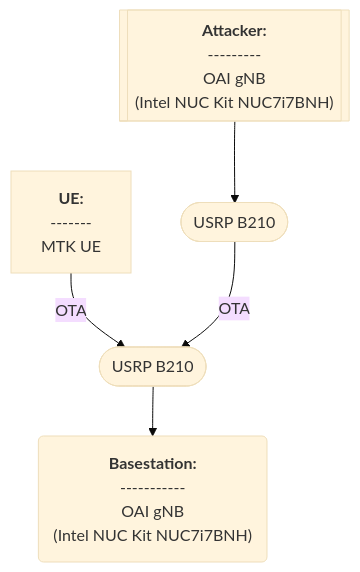
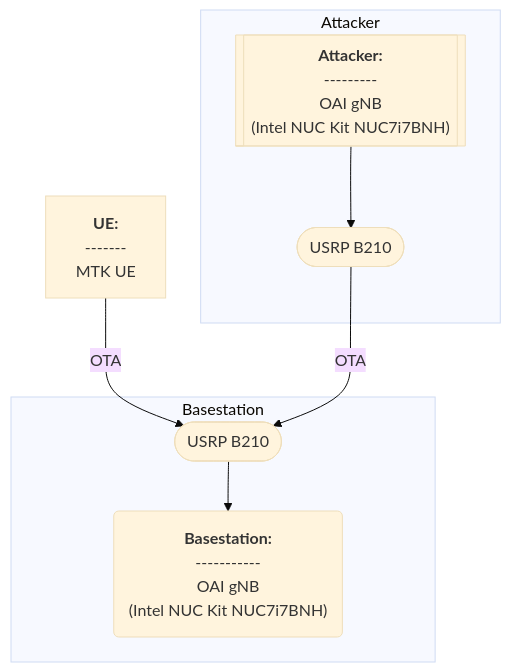
Before and after one commit to bmw-ece-ntust/wilfrid-prach-attack-analysis: the diagram in docs/20250313 Thesis (Test of PRACH Attacker for Basic Msg1 Model).md, drawn with Mermaid (base theme).

Commit message:
Update 20250313 Thesis (Test of PRACH Attacker for Basic Msg1 Model).md

````diff
--- a/docs/20250313 Thesis (Test of PRACH Attacker for Basic Msg1 Model).md
+++ b/docs/20250313 Thesis (Test of PRACH Attacker for Basic Msg1 Model).md
@@ -87,20 +87,24 @@
 ```mermaid
 flowchart TD
     A("`**Basestation:**
     -----------
     OAI gNB
     (Intel NUC Kit NUC7i7BNH)`")
     B["`**UE:**
     -------
     MTK UE`"]
     C[["`**Attacker:**
     ---------
     OAI gNB
     (Intel NUC Kit NUC7i7BNH)`"]]
     u1(["`USRP B210`"])
     u2(["`USRP B210`"])
     B-- OTA -->u1
+    subgraph Attacker
     C-->u2
+    end
     u2-- OTA -->u1
+    subgraph Basestation
     u1-->A
+    end
 ```
````
